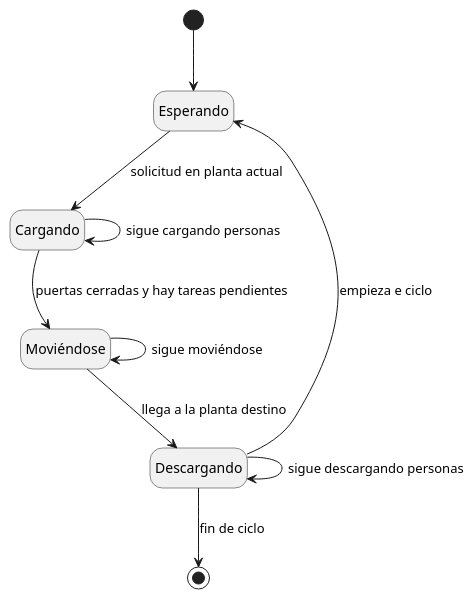
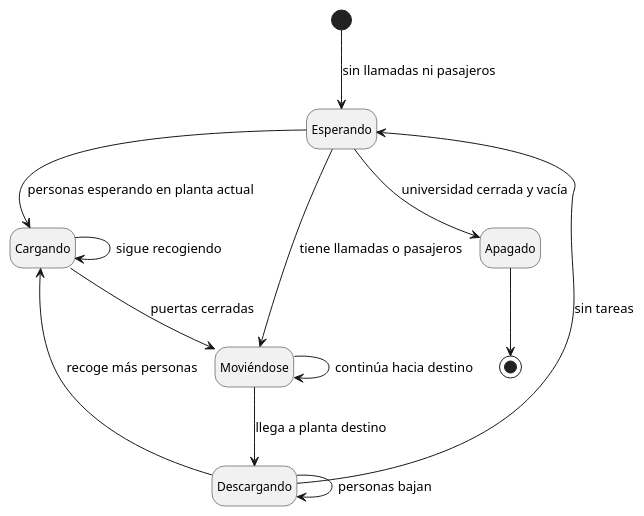
The diagram in modelosUML/MdD/DiagramaEstados/DiagramaEstadosAscensor.puml (celiabecerril/24-25-IdSw2-SDD), drawn with PlantUML before and after one commit. The commit also changed 10 other files, not shown here.

```diff
--- a/modelosUML/MdD/DiagramaEstados/DiagramaEstadosAscensor.puml
+++ b/modelosUML/MdD/DiagramaEstados/DiagramaEstadosAscensor.puml
@@ -1,16 +1,24 @@
 @startuml
 ' Diagrama de Estados: Ascensor
 hide empty description
+skinparam stateFontSize 12
 
-[*] --> Esperando
+[*] --> Esperando : sin llamadas ni pasajeros
 
-Esperando --> Cargando : solicitud en planta actual
-Cargando --> Moviéndose : puertas cerradas y hay tareas pendientes
-Moviéndose --> Descargando : llega a la planta destino
-Descargando --> Esperando : empieza e ciclo
+Esperando --> Cargando : personas esperando en planta actual
+Esperando --> Moviéndose : tiene llamadas o pasajeros
 
-Moviéndose --> Moviéndose : sigue moviéndose
-Cargando --> Cargando : sigue cargando personas
-Descargando --> Descargando : sigue descargando personas
-Descargando --> [*]: fin de ciclo
+Cargando --> Cargando : sigue recogiendo
+Cargando --> Moviéndose : puertas cerradas
+
+Moviéndose --> Moviéndose : continúa hacia destino
+Moviéndose --> Descargando : llega a planta destino
+
+Descargando --> Descargando : personas bajan
+Descargando --> Cargando : recoge más personas
+Descargando --> Esperando : sin tareas
+
+Esperando --> Apagado : universidad cerrada y vacía
+Apagado --> [*]
+
 @enduml
```
